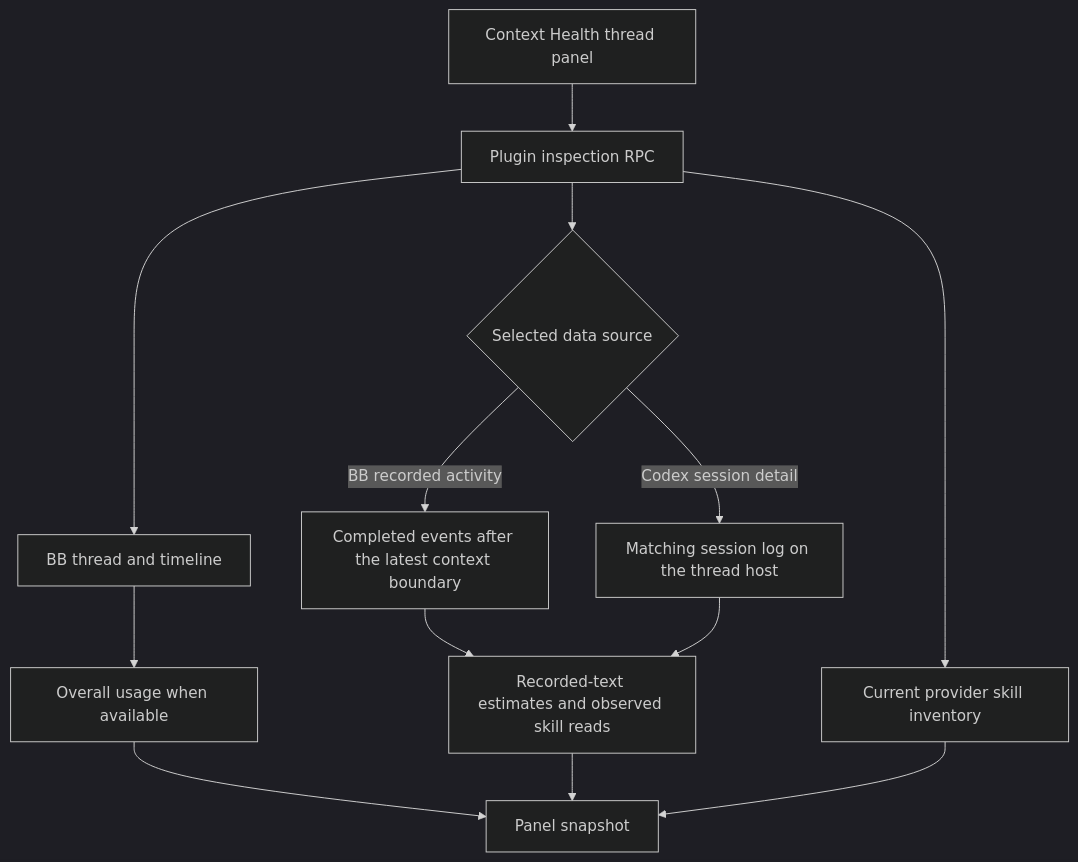
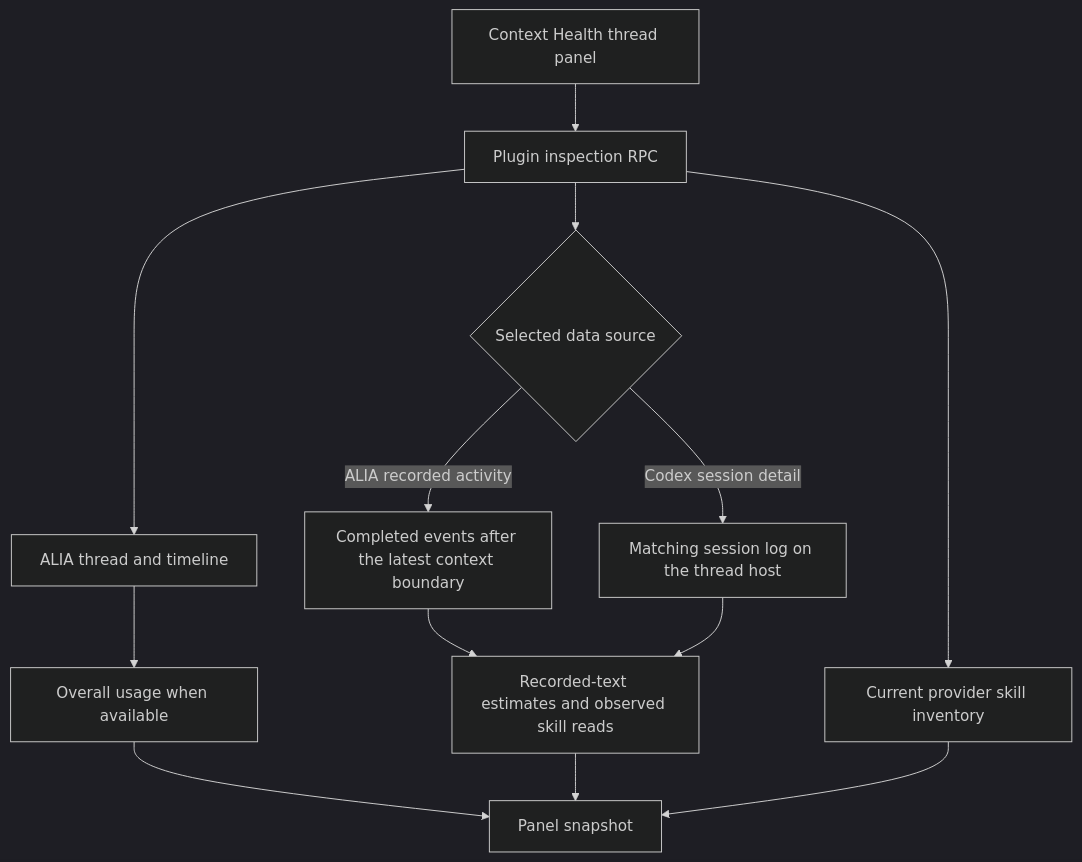
The diagram in plugins/context-health/README.md (Vesnalia/vesnalia-plugins), drawn with Mermaid (dark theme) before and after one commit. The commit also changed other lines of this file and 13306 other files, not shown here.

````diff
--- a/plugins/context-health/README.md
+++ b/plugins/context-health/README.md
@@ -153,15 +153,15 @@
 ```mermaid
 flowchart TD
     Panel[Context Health thread panel] --> RPC[Plugin inspection RPC]
-    RPC --> Timeline[BB thread and timeline]
+    RPC --> Timeline[ALIA thread and timeline]
     Timeline --> Usage[Overall usage when available]
     RPC --> Choice{Selected data source}
-    Choice -->|BB recorded activity| Events[Completed events after the latest context boundary]
+    Choice -->|ALIA recorded activity| Events[Completed events after the latest context boundary]
     Choice -->|Codex session detail| Host[Matching session log on the thread host]
     Events --> Estimates[Recorded-text estimates and observed skill reads]
     Host --> Estimates
     RPC --> Inventory[Current provider skill inventory]
     Usage --> Result[Panel snapshot]
     Estimates --> Result
     Inventory --> Result
 ```
````
